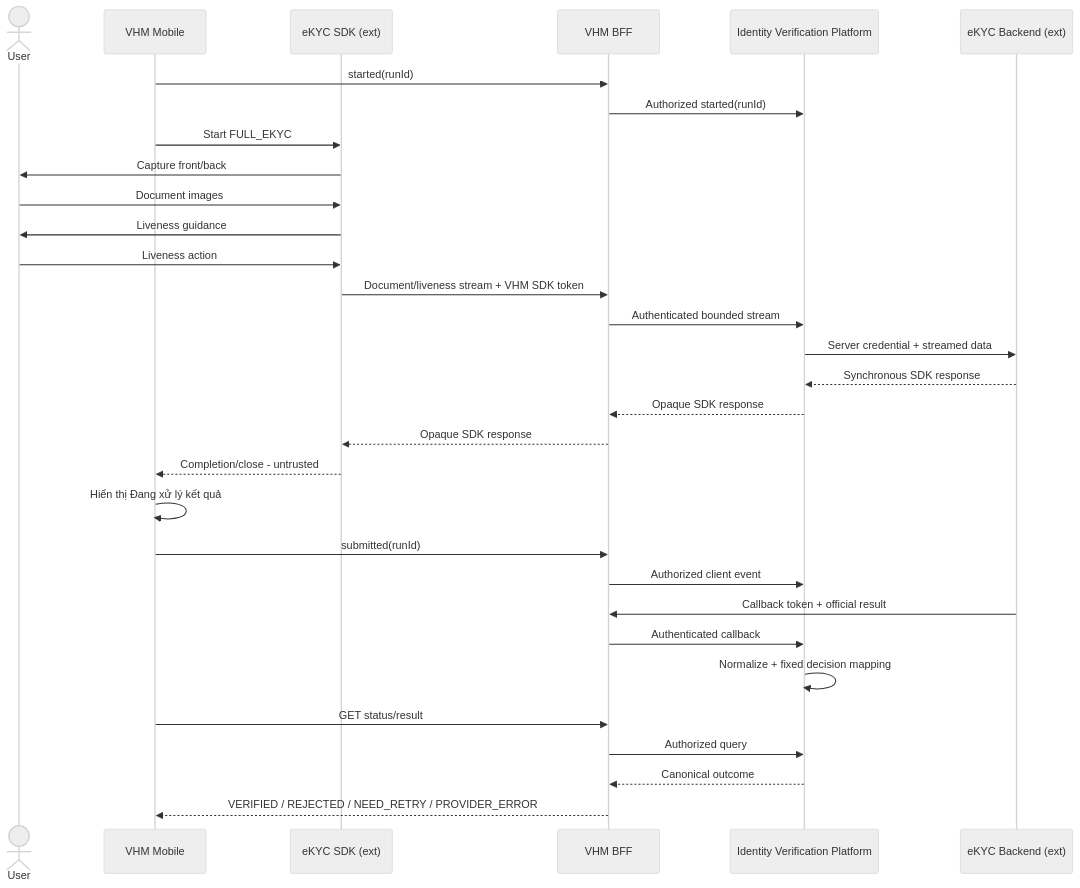
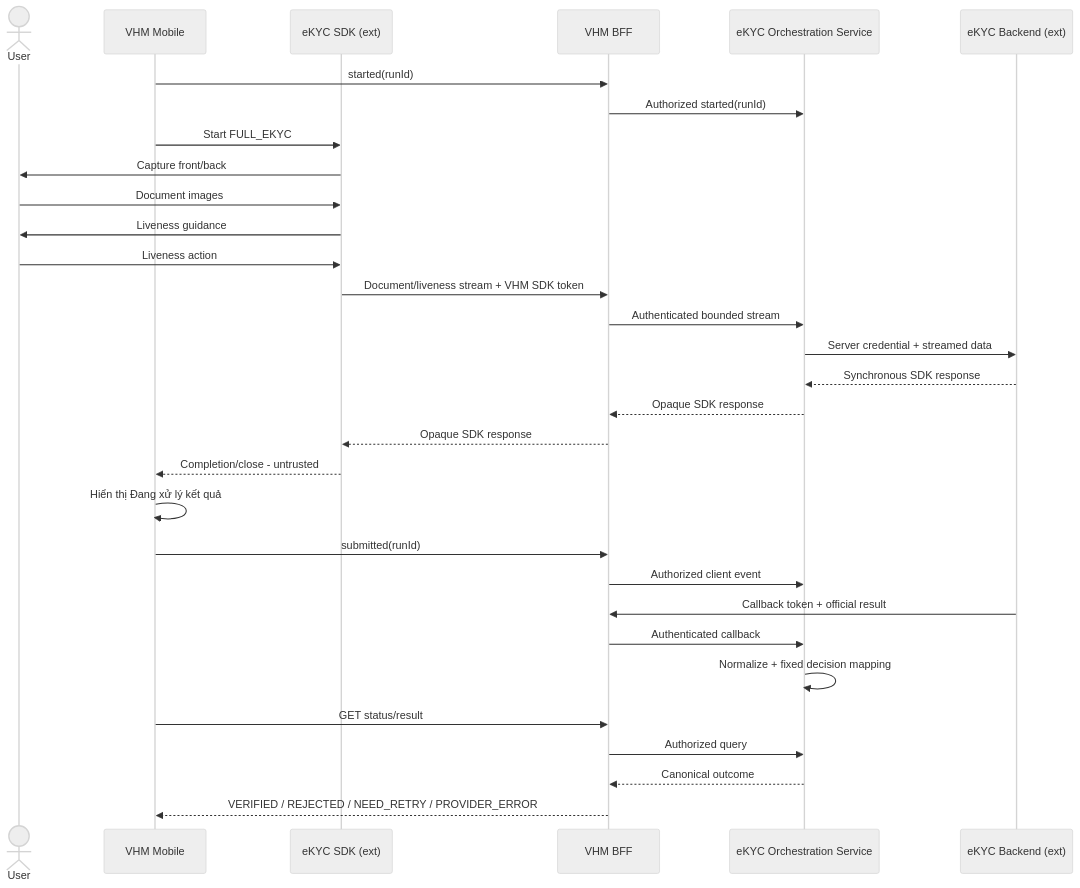
One commit to huynv-xyz/vhm changed diagram 11 of 16 in README.md. Above: the diagram before and after it, drawn with Mermaid (neutral theme). The commit also changed other lines of this file, not shown here.

````diff
--- a/README.md
+++ b/README.md
@@ -1134,33 +1137,33 @@
 ```mermaid
 sequenceDiagram
     actor User
     participant APP as VHM Mobile
     participant SDK as eKYC SDK (ext)
     participant BFF as VHM BFF
-    participant IV as Identity Verification Platform
+    participant Orchestrator as eKYC Orchestration Service
     participant BACKEND as eKYC Backend (ext)
     APP->>BFF: started(runId)
-    BFF->>IV: Authorized started(runId)
+    BFF->>Orchestrator: Authorized started(runId)
     APP->>SDK: Start FULL_EKYC
     SDK->>User: Capture front/back
     User->>SDK: Document images
     SDK->>User: Liveness guidance
     User->>SDK: Liveness action
     SDK->>BFF: Document/liveness stream + VHM SDK token
-    BFF->>IV: Authenticated bounded stream
-    IV->>BACKEND: Server credential + streamed data
-    BACKEND-->>IV: Synchronous SDK response
-    IV-->>BFF: Opaque SDK response
+    BFF->>Orchestrator: Authenticated bounded stream
+    Orchestrator->>BACKEND: Server credential + streamed data
+    BACKEND-->>Orchestrator: Synchronous SDK response
+    Orchestrator-->>BFF: Opaque SDK response
     BFF-->>SDK: Opaque SDK response
     SDK-->>APP: Completion/close - untrusted
     APP->>APP: Hiển thị Đang xử lý kết quả
     APP->>BFF: submitted(runId)
-    BFF->>IV: Authorized client event
+    BFF->>Orchestrator: Authorized client event
     BACKEND->>BFF: Callback token + official result
-    BFF->>IV: Authenticated callback
-    IV->>IV: Normalize + fixed decision mapping
+    BFF->>Orchestrator: Authenticated callback
+    Orchestrator->>Orchestrator: Normalize + fixed decision mapping
     APP->>BFF: GET status/result
-    BFF->>IV: Authorized query
-    IV-->>BFF: Canonical outcome
+    BFF->>Orchestrator: Authorized query
+    Orchestrator-->>BFF: Canonical outcome
     BFF-->>APP: VERIFIED / REJECTED / NEED_RETRY / PROVIDER_ERROR
 ```
````
